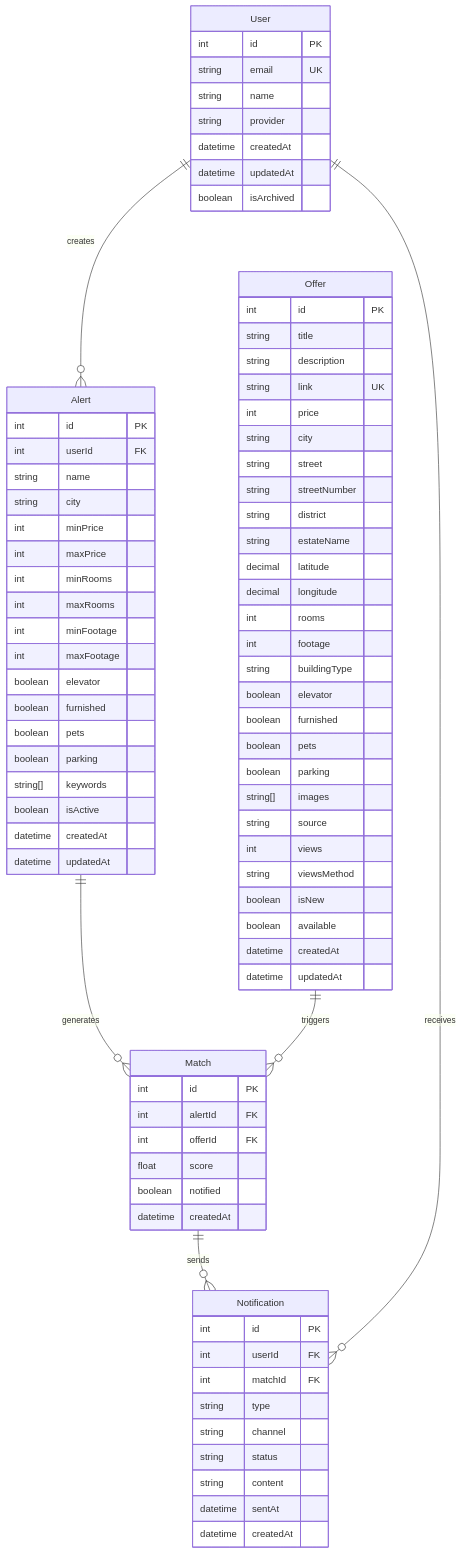
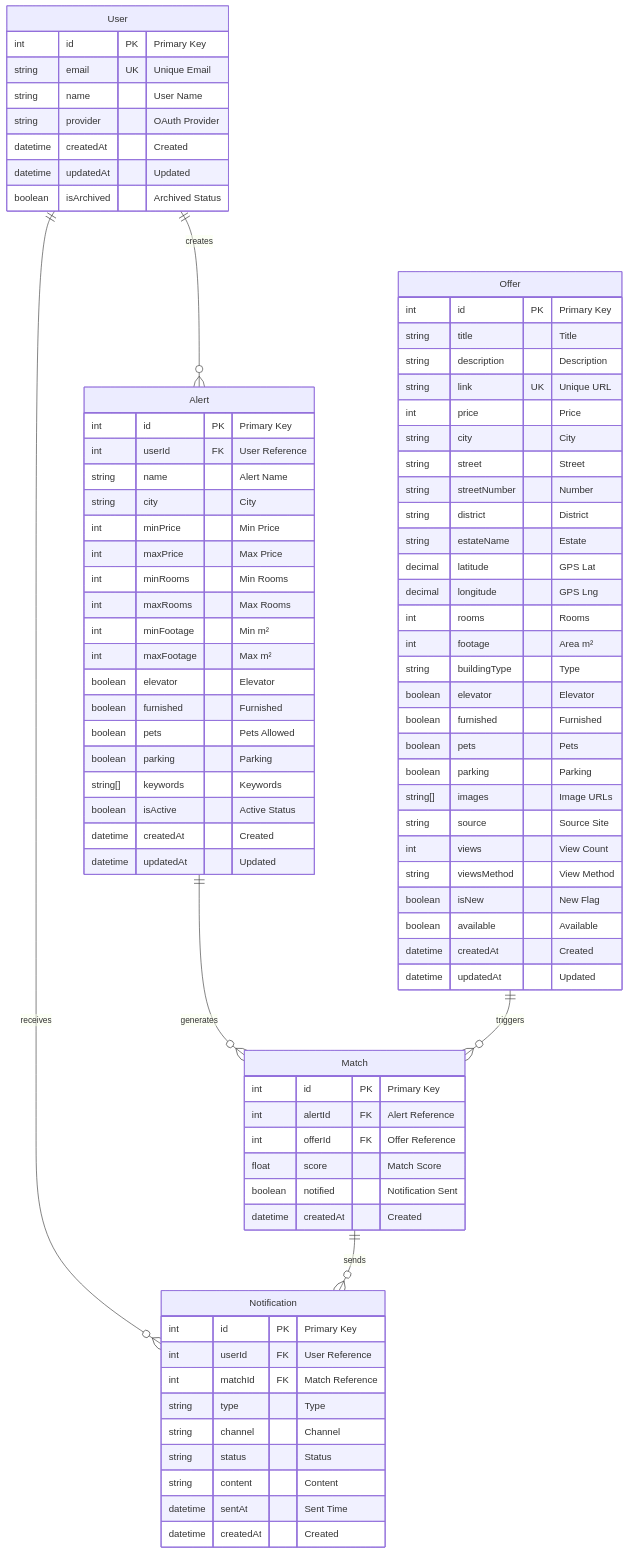
The fourth of 8 diagrams in README.md (Mieszkaniownik/mieszkaniownik), drawn with Mermaid before and after one commit. The commit also changed other lines of this file and 2 other files, not shown here.

````diff
--- a/README.md
+++ b/README.md
@@ -209,90 +222,90 @@
 ```mermaid
 erDiagram
+    User ||--o{ Alert : "creates"
+    User ||--o{ Notification : "receives"
+    Alert ||--o{ Match : "generates"
+    Offer ||--o{ Match : "triggers"
+    Match ||--o{ Notification : "sends"
+
     User {
-        int id PK
-        string email UK
-        string name
-        string provider
-        datetime createdAt
-        datetime updatedAt
-        boolean isArchived
+        int id PK "Primary Key"
+        string email UK "Unique Email"
+        string name "User Name"
+        string provider "OAuth Provider"
+        datetime createdAt "Created"
+        datetime updatedAt "Updated"
+        boolean isArchived "Archived Status"
     }
 
     Alert {
-        int id PK
-        int userId FK
-        string name
-        string city
-        int minPrice
-        int maxPrice
-        int minRooms
-        int maxRooms
-        int minFootage
-        int maxFootage
-        boolean elevator
-        boolean furnished
-        boolean pets
-        boolean parking
-        string[] keywords
-        boolean isActive
-        datetime createdAt
-        datetime updatedAt
+        int id PK "Primary Key"
+        int userId FK "User Reference"
+        string name "Alert Name"
+        string city "City"
+        int minPrice "Min Price"
+        int maxPrice "Max Price"
+        int minRooms "Min Rooms"
+        int maxRooms "Max Rooms"
+        int minFootage "Min m²"
+        int maxFootage "Max m²"
+        boolean elevator "Elevator"
+        boolean furnished "Furnished"
+        boolean pets "Pets Allowed"
+        boolean parking "Parking"
+        string[] keywords "Keywords"
+        boolean isActive "Active Status"
+        datetime createdAt "Created"
+        datetime updatedAt "Updated"
     }
 
     Offer {
-        int id PK
-        string title
-        string description
-        string link UK
-        int price
-        string city
-        string street
-        string streetNumber
-        string district
-        string estateName
-        decimal latitude
-        decimal longitude
-        int rooms
-        int footage
-        string buildingType
-        boolean elevator
-        boolean furnished
-        boolean pets
-        boolean parking
-        string[] images
-        string source
-        int views
-        string viewsMethod
-        boolean isNew
-        boolean available
-        datetime createdAt
-        datetime updatedAt
+        int id PK "Primary Key"
+        string title "Title"
+        string description "Description"
+        string link UK "Unique URL"
+        int price "Price"
+        string city "City"
+        string street "Street"
+        string streetNumber "Number"
+        string district "District"
+        string estateName "Estate"
+        decimal latitude "GPS Lat"
+        decimal longitude "GPS Lng"
+        int rooms "Rooms"
+        int footage "Area m²"
+        string buildingType "Type"
+        boolean elevator "Elevator"
+        boolean furnished "Furnished"
+        boolean pets "Pets"
+        boolean parking "Parking"
+        string[] images "Image URLs"
+        string source "Source Site"
+        int views "View Count"
+        string viewsMethod "View Method"
+        boolean isNew "New Flag"
+        boolean available "Available"
+        datetime createdAt "Created"
+        datetime updatedAt "Updated"
     }
 
     Match {
-        int id PK
-        int alertId FK
-        int offerId FK
-        float score
-        boolean notified
-        datetime createdAt
+        int id PK "Primary Key"
+        int alertId FK "Alert Reference"
+        int offerId FK "Offer Reference"
+        float score "Match Score"
+        boolean notified "Notification Sent"
+        datetime createdAt "Created"
     }
 
     Notification {
-        int id PK
-        int userId FK
-        int matchId FK
-        string type
-        string channel
-        string status
-        string content
-        datetime sentAt
-        datetime createdAt
+        int id PK "Primary Key"
+        int userId FK "User Reference"
+        int matchId FK "Match Reference"
+        string type "Type"
+        string channel "Channel"
+        string status "Status"
+        string content "Content"
+        datetime sentAt "Sent Time"
+        datetime createdAt "Created"
     }
-
-    User ||--o{ Alert : creates
-    Alert ||--o{ Match : generates
-    Offer ||--o{ Match : triggers
-    Match ||--o{ Notification : sends
-    User ||--o{ Notification : receives
 ```
````
